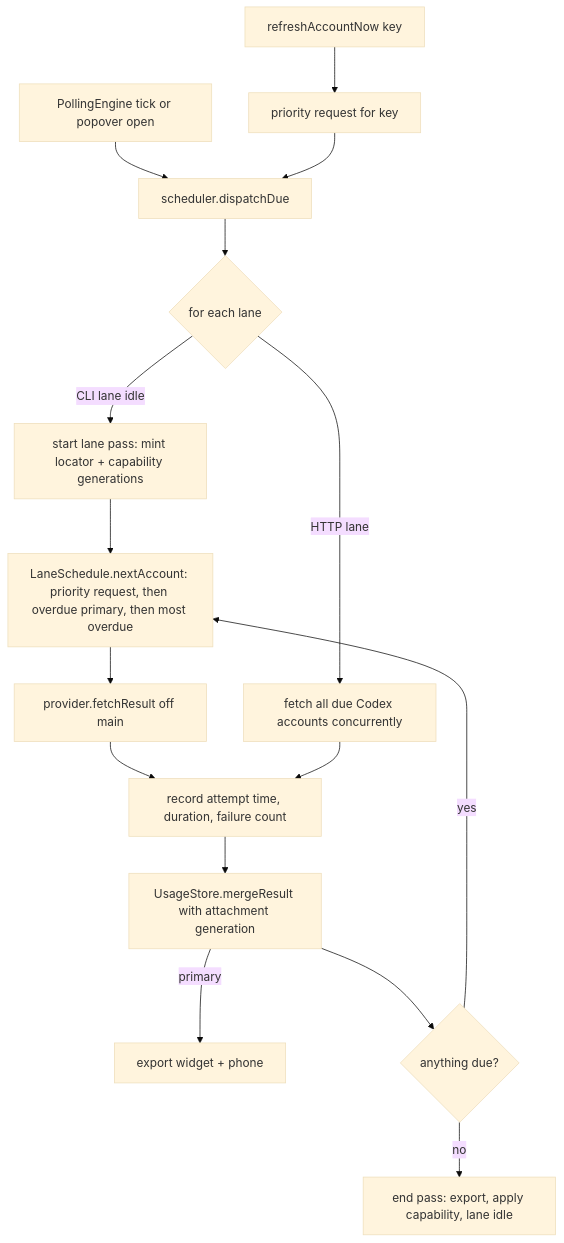
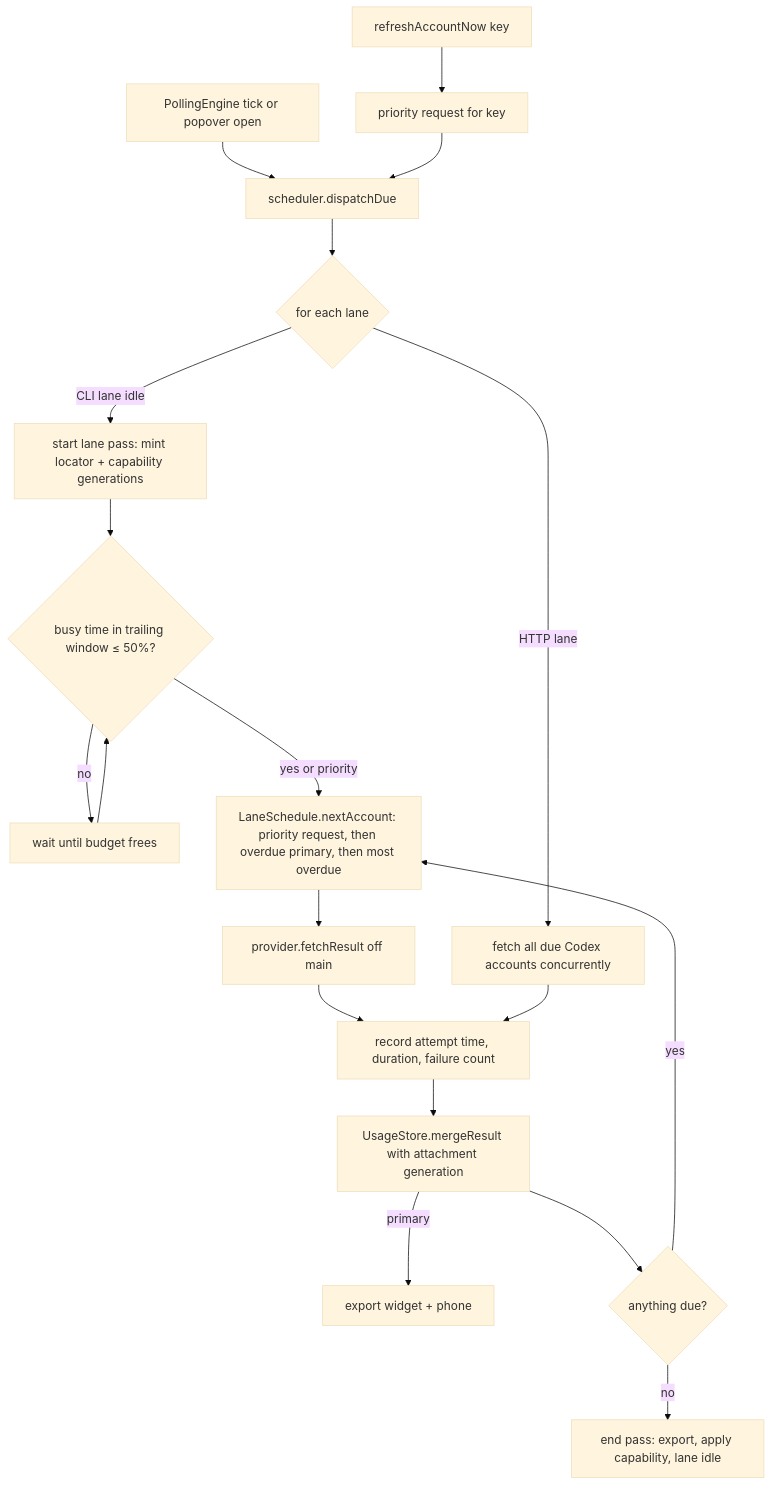
One commit to kezaer/headroom changed the first of 2 diagrams in docs/plans/2026-09-19-2217-feat-per-account-polling-schedule-plan.md. Above: the diagram before and after it, drawn with Mermaid (base theme). The commit also changed other lines of this file, not shown here.

````diff
--- a/docs/plans/2026-09-19-2217-feat-per-account-polling-schedule-plan.md
+++ b/docs/plans/2026-09-19-2217-feat-per-account-polling-schedule-plan.md
@@ -228,18 +228,21 @@
 ```mermaid
 flowchart TB
   T[PollingEngine tick or popover open] --> D[scheduler.dispatchDue]
   M[refreshAccountNow key] --> Q[priority request for key]
   Q --> D
   D --> L{for each lane}
   L -->|CLI lane idle| P[start lane pass: mint locator + capability generations]
   L -->|HTTP lane| H[fetch all due Codex accounts concurrently]
-  P --> S[LaneSchedule.nextAccount: priority request, then overdue primary, then most overdue]
+  P --> B{busy time in trailing window ≤ 50%?}
+  B -->|no| W[wait until budget frees]
+  W --> B
+  B -->|yes or priority| S[LaneSchedule.nextAccount: priority request, then overdue primary, then most overdue]
   S --> F[provider.fetchResult off main]
   F --> R[record attempt time, duration, failure count]
   R --> G[UsageStore.mergeResult with attachment generation]
   G -->|primary| X[export widget + phone]
   G --> N{anything due?}
   N -->|yes| S
   N -->|no| E[end pass: export, apply capability, lane idle]
   H --> R
 ```
````
